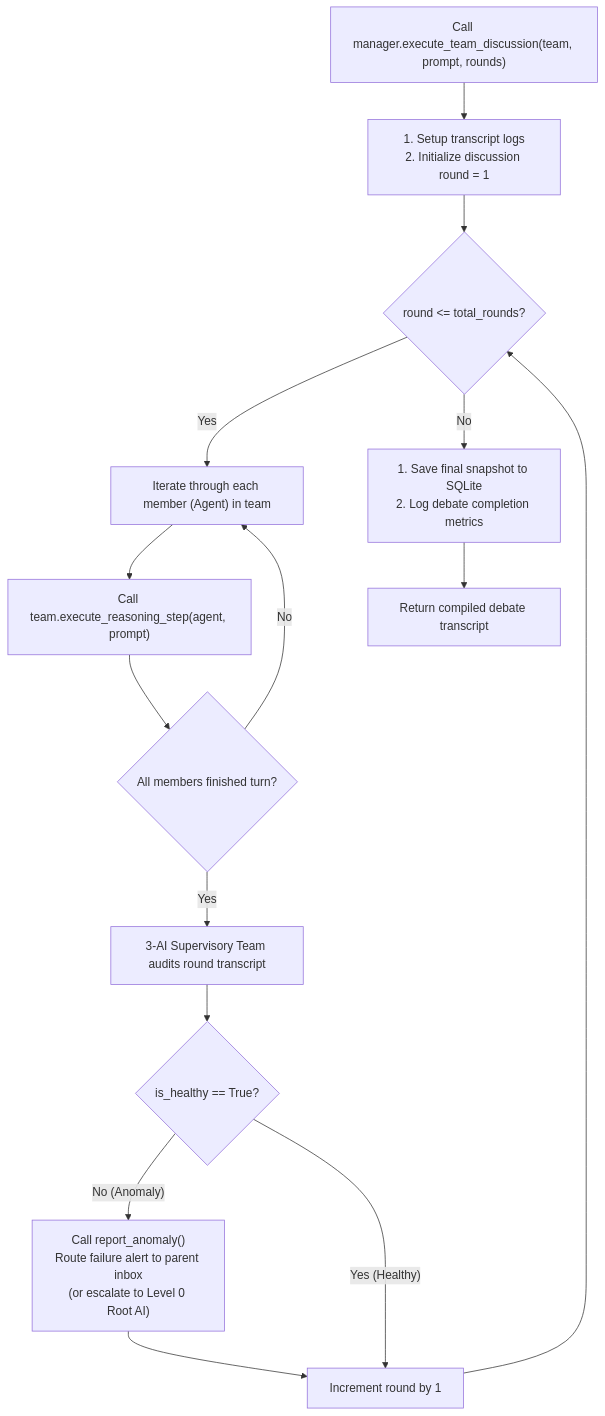
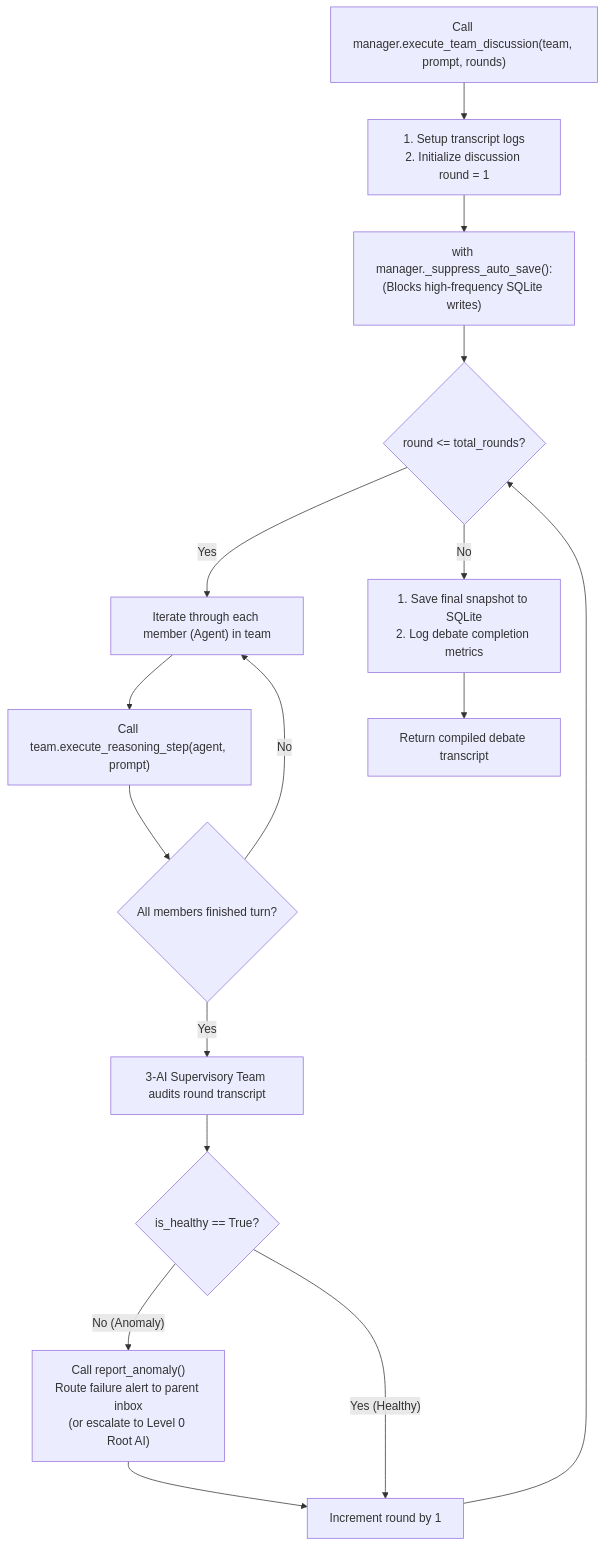
The first of 2 diagrams in docs/flowcharts/Execution_Loop.md (AI-Team-Team/AI-Team-Team), drawn with Mermaid before and after one commit. The commit also changed other lines of this file and 12 other files, not shown here.

First line of the commit message:
docs(architecture): comprehensively update architecture specifications and flowcharts

````diff
--- a/docs/flowcharts/Execution_Loop.md
+++ b/docs/flowcharts/Execution_Loop.md
@@ -9,27 +9,28 @@
 ```mermaid
 flowchart TD
     Start["Call manager.execute_team_discussion(team, prompt, rounds)"] --> Init["1. Setup transcript logs\n2. Initialize discussion round = 1"]
     
-    Init --> LoopRounds{"round <= total_rounds?"}
+    Init --> SuppressIOGate["with manager._suppress_auto_save():\n(Blocks high-frequency SQLite writes)"]
+    SuppressIOGate --> LoopRounds{"round <= total_rounds?"}
     
     LoopRounds -- "Yes" --> MemberIteration["Iterate through each member (Agent) in team"]
     
     MemberIteration --> RunAgentStep["Call team.execute_reasoning_step(agent, prompt)"]
     
     RunAgentStep --> NextMember{"All members finished turn?"}
     NextMember -- "No" --> MemberIteration
     
     NextMember -- "Yes" --> SupervisoryAudit["3-AI Supervisory Team audits round transcript"]
     
     SupervisoryAudit --> AuditResult{"is_healthy == True?"}
     
     AuditResult -- "No (Anomaly)" --> ReportAnomaly["Call report_anomaly()\nRoute failure alert to parent inbox\n(or escalate to Level 0 Root AI)"]
     ReportAnomaly --> IncrementRound["Increment round by 1"]
     
     AuditResult -- "Yes (Healthy)" --> IncrementRound
     
     IncrementRound --> LoopRounds
     
     LoopRounds -- "No" --> FinalizeState["1. Save final snapshot to SQLite\n2. Log debate completion metrics"]
     FinalizeState --> End["Return compiled debate transcript"]
 ```
````
